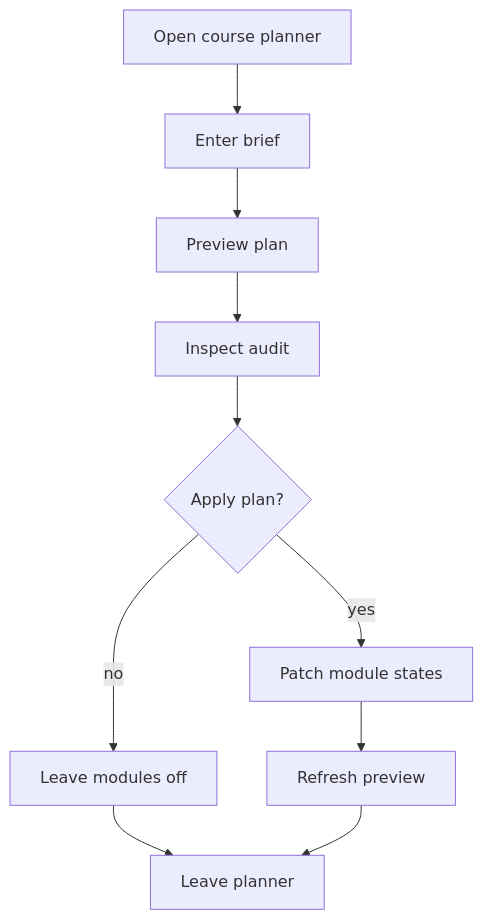
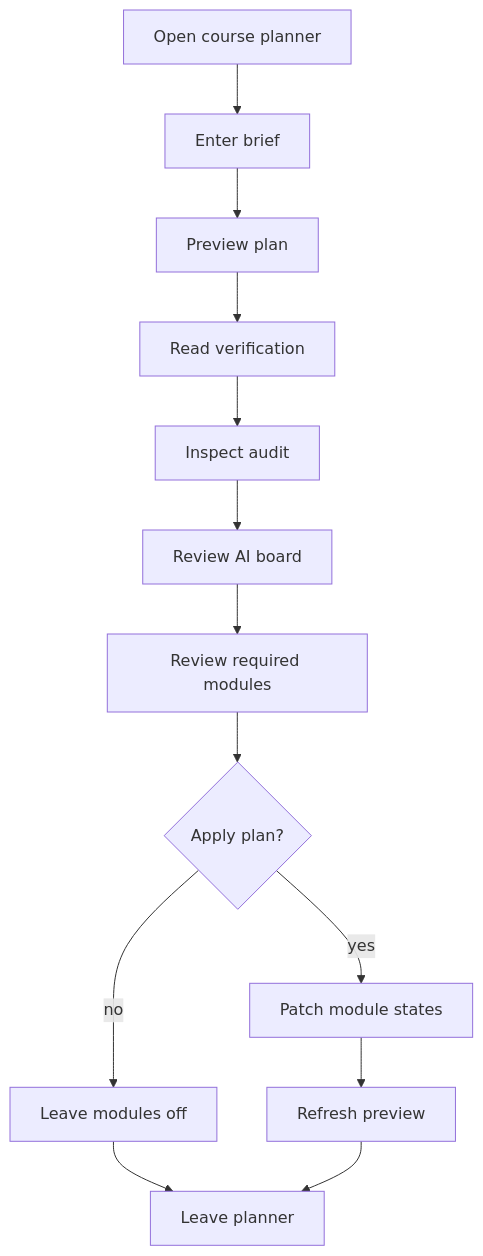
One commit to JohnAndrewBalbarosa/NeoTerritory changed the diagram in docs/Codebase/Frontend/src/admin/components/CoursePlanPanel.tsx.md. Above: the diagram before and after it, drawn with Mermaid. The commit also changed other lines of this file and 18 other files, not shown here.

````diff
--- a/docs/Codebase/Frontend/src/admin/components/CoursePlanPanel.tsx.md
+++ b/docs/Codebase/Frontend/src/admin/components/CoursePlanPanel.tsx.md
@@ -19,15 +19,18 @@
 ```mermaid
 flowchart TD
     Start["Open course planner"]
     N0["Enter brief"]
     N1["Preview plan"]
-    N2["Inspect audit"]
+    N2["Read verification"]
+    N3["Inspect audit"]
+    N4["Review AI board"]
+    N5["Review required modules"]
     D0{"Apply plan?"}
-    N3["Leave modules off"]
-    N4["Patch module states"]
-    N5["Refresh preview"]
+    N6["Leave modules off"]
+    N7["Patch module states"]
+    N8["Refresh preview"]
     End["Leave planner"]
-    Start --> N0 --> N1 --> N2 --> D0
-    D0 -->|no| N3 --> End
-    D0 -->|yes| N4 --> N5 --> End
+    Start --> N0 --> N1 --> N2 --> N3 --> N4 --> N5 --> D0
+    D0 -->|no| N6 --> End
+    D0 -->|yes| N7 --> N8 --> End
 ```
````
